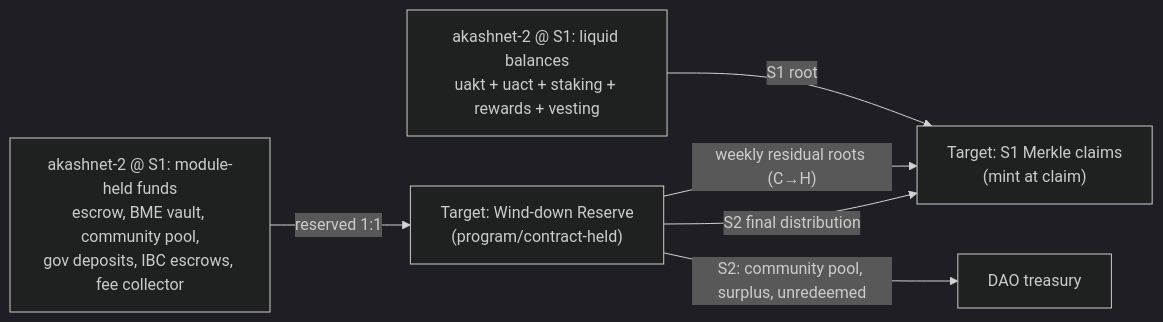
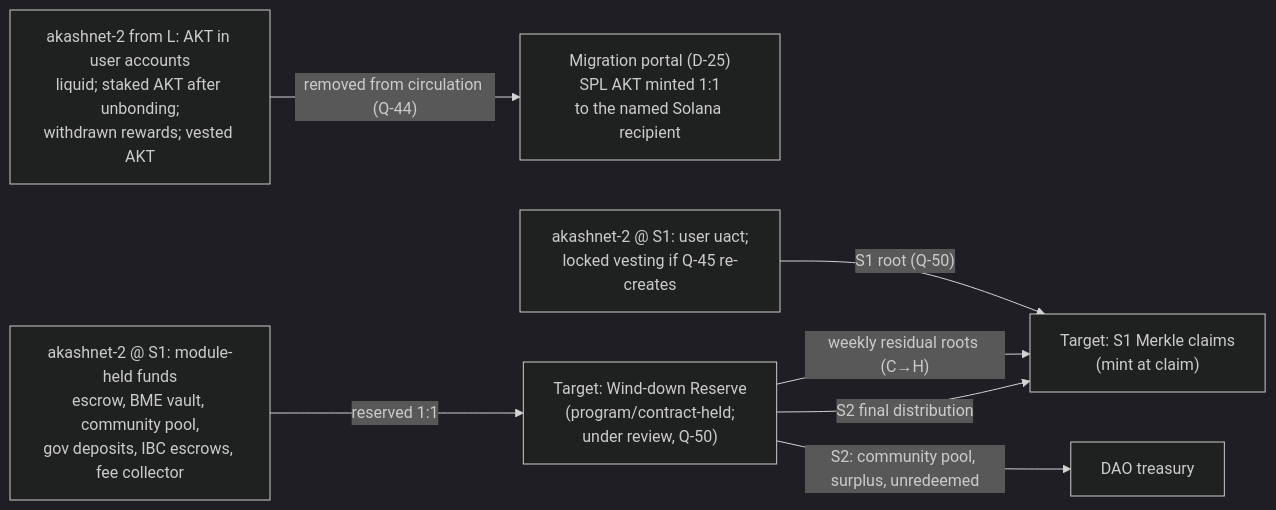
Before and after one commit to akash-network/website: the diagram in src/content/aeps/aep-79/doc/05-token-migration.md, drawn with Mermaid (dark theme). The commit also changed other lines of this file and 18 other files, not shown here.

````diff
--- a/src/content/aeps/aep-79/doc/05-token-migration.md
+++ b/src/content/aeps/aep-79/doc/05-token-migration.md
@@ -58,8 +83,9 @@
 ```mermaid
 flowchart LR
-    L["akashnet-2 @ S1: liquid balances<br/>uakt + uact + staking + rewards + vesting"] -->|"S1 root"| CT["Target: S1 Merkle claims<br/>(mint at claim)"]
-    M["akashnet-2 @ S1: module-held funds<br/>escrow, BME vault, community pool,<br/>gov deposits, IBC escrows, fee collector"] -->|"reserved 1:1"| WR["Target: Wind-down Reserve<br/>(program/contract-held)"]
+    U["akashnet-2 from L: AKT in user accounts<br/>liquid; staked AKT after unbonding;<br/>withdrawn rewards; vested AKT"] -->|"removed from circulation (Q-44)"| P["Migration portal (D-25)<br/>SPL AKT minted 1:1<br/>to the named Solana recipient"]
+    A["akashnet-2 @ S1: user uact;<br/>locked vesting if Q-45 re-creates"] -->|"S1 root (Q-50)"| CT["Target: S1 Merkle claims<br/>(mint at claim)"]
+    M["akashnet-2 @ S1: module-held funds<br/>escrow, BME vault, community pool,<br/>gov deposits, IBC escrows, fee collector"] -->|"reserved 1:1"| WR["Target: Wind-down Reserve<br/>(program/contract-held;<br/>under review, Q-50)"]
     WR -->|"weekly residual roots (C→H)"| CT
     WR -->|"S2 final distribution"| CT
     WR -->|"S2: community pool, surplus, unredeemed"| T["DAO treasury"]
 ```
````
